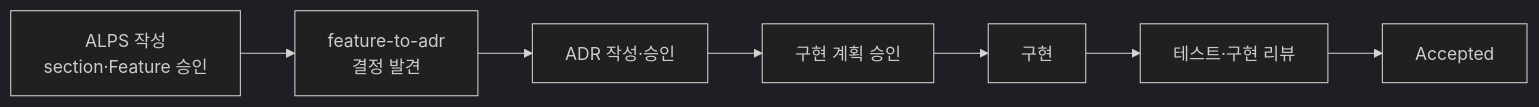
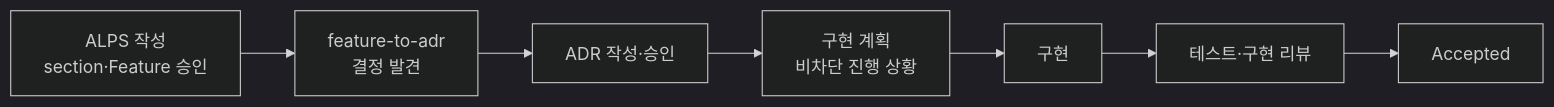
One commit to haandol/alps-writer-mcp changed the sixth of 7 diagrams in docs/ai-native-hitl-and-comprehension.md. Above: the diagram before and after it, drawn with Mermaid (dark theme). The commit also changed other lines of this file and 34 other files, not shown here.

````diff
--- a/docs/ai-native-hitl-and-comprehension.md
+++ b/docs/ai-native-hitl-and-comprehension.md
@@ -866,12 +876,12 @@
 ```mermaid
 flowchart LR
     ALPS["ALPS 작성<br/>section·Feature 승인"]
     Handoff["feature-to-adr<br/>결정 발견"]
     ADR["ADR 작성·승인"]
-    Plan["구현 계획 승인"]
+    Plan["구현 계획<br/>비차단 진행 상황"]
     Implement["구현"]
     Review["테스트·구현 리뷰"]
     Accepted["Accepted"]
 
     ALPS --> Handoff --> ADR --> Plan --> Implement --> Review --> Accepted
 ```
````
